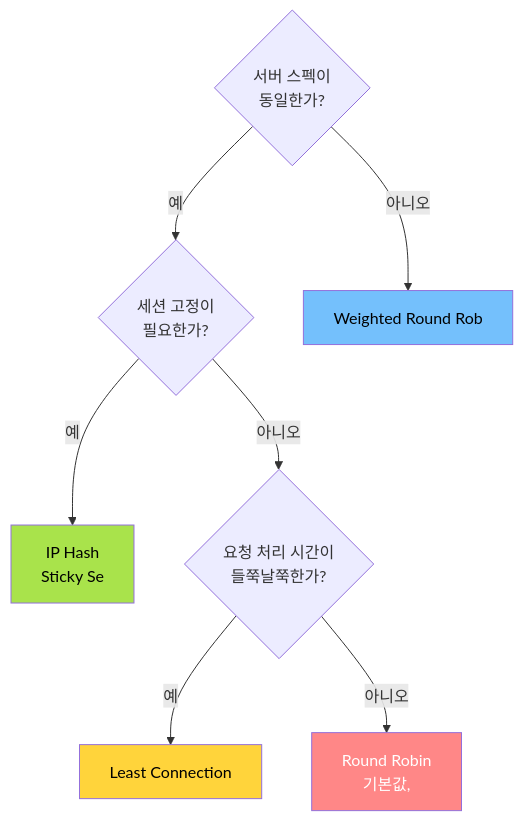
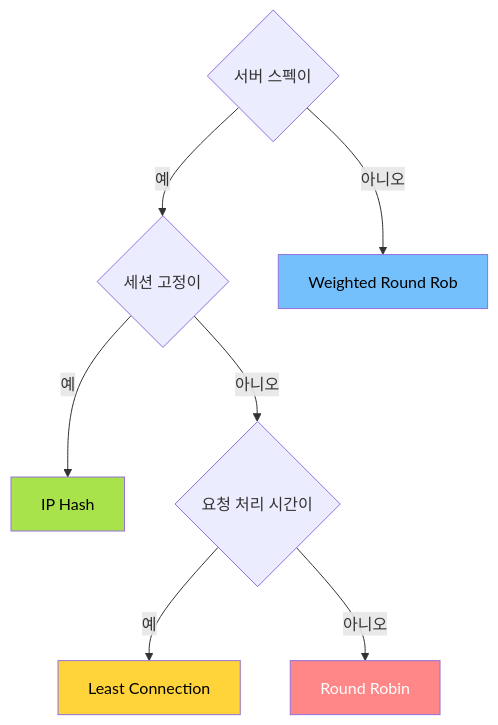
Diagram 11 of 18 in _posts/server/2026-05-01-nginx.md (yjkim2015/yjkim2015.github.io), drawn with Mermaid before and after one commit. The commit also changed other lines of this file and 217 other files, not shown here.

First line of the commit message:
Mermaid 크기 수정: useMaxWidth:true + SVG max-width:100% + 라벨 축소

````diff
--- a/_posts/server/2026-05-01-nginx.md
+++ b/_posts/server/2026-05-01-nginx.md
@@ -422,14 +422,14 @@
 ```mermaid
 graph TD
-    Q1{"서버 스펙이\n동일한가?"}
-    Q1 -->|"예"| Q2{"세션 고정이\n필요한가?"}
+    Q1{"서버 스펙이"}
+    Q1 -->|"예"| Q2{"세션 고정이"}
     Q1 -->|"아니오"| WRR["Weighted Round Rob"]
-    Q2 -->|"예"| IPHASH["IP Hash\nSticky Se"]
-    Q2 -->|"아니오"| Q3{"요청 처리 시간이\n들쭉날쭉한가?"}
-    Q3 -->|"예"| LC["Least Connection\n"]
-    Q3 -->|"아니오"| RR["Round Robin\n기본값,"]
+    Q2 -->|"예"| IPHASH["IP Hash"]
+    Q2 -->|"아니오"| Q3{"요청 처리 시간이"}
+    Q3 -->|"예"| LC["Least Connection"]
+    Q3 -->|"아니오"| RR["Round Robin"]
     style WRR fill:#74c0fc,color:#000
     style IPHASH fill:#a9e34b,color:#000
     style LC fill:#ffd43b,color:#000
     style RR fill:#ff8787,color:#fff
 ```
````
